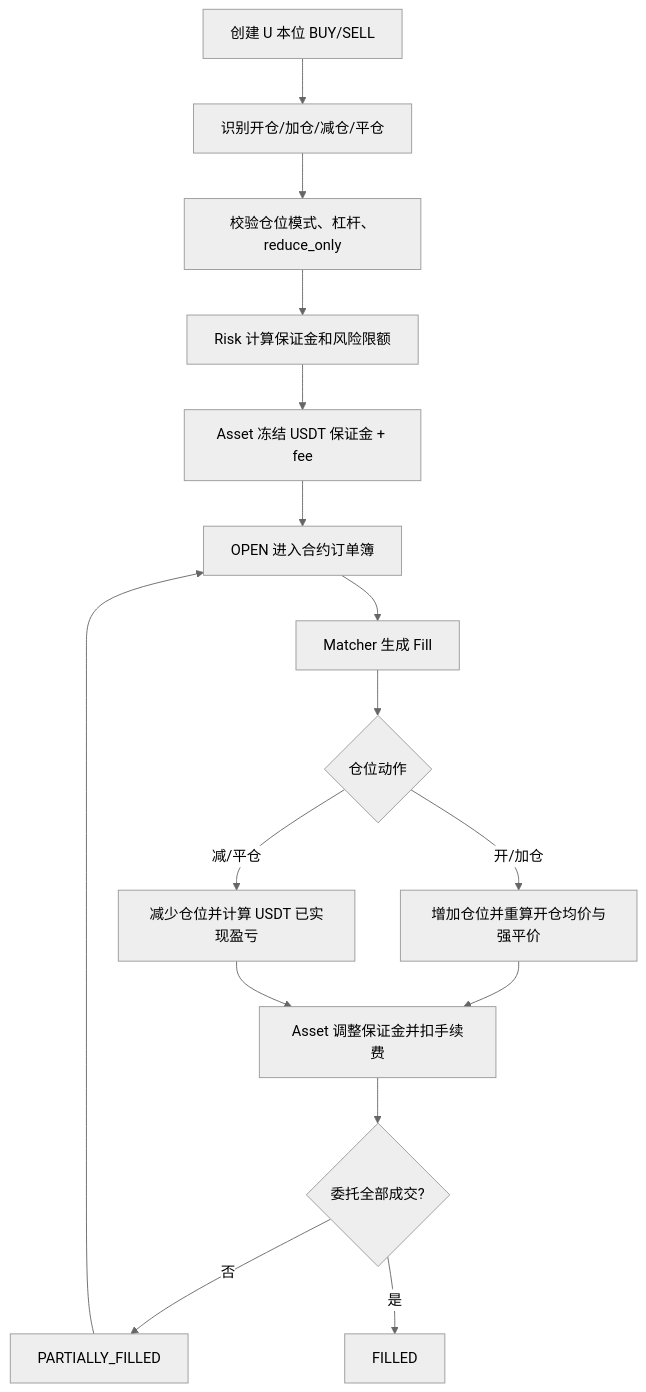
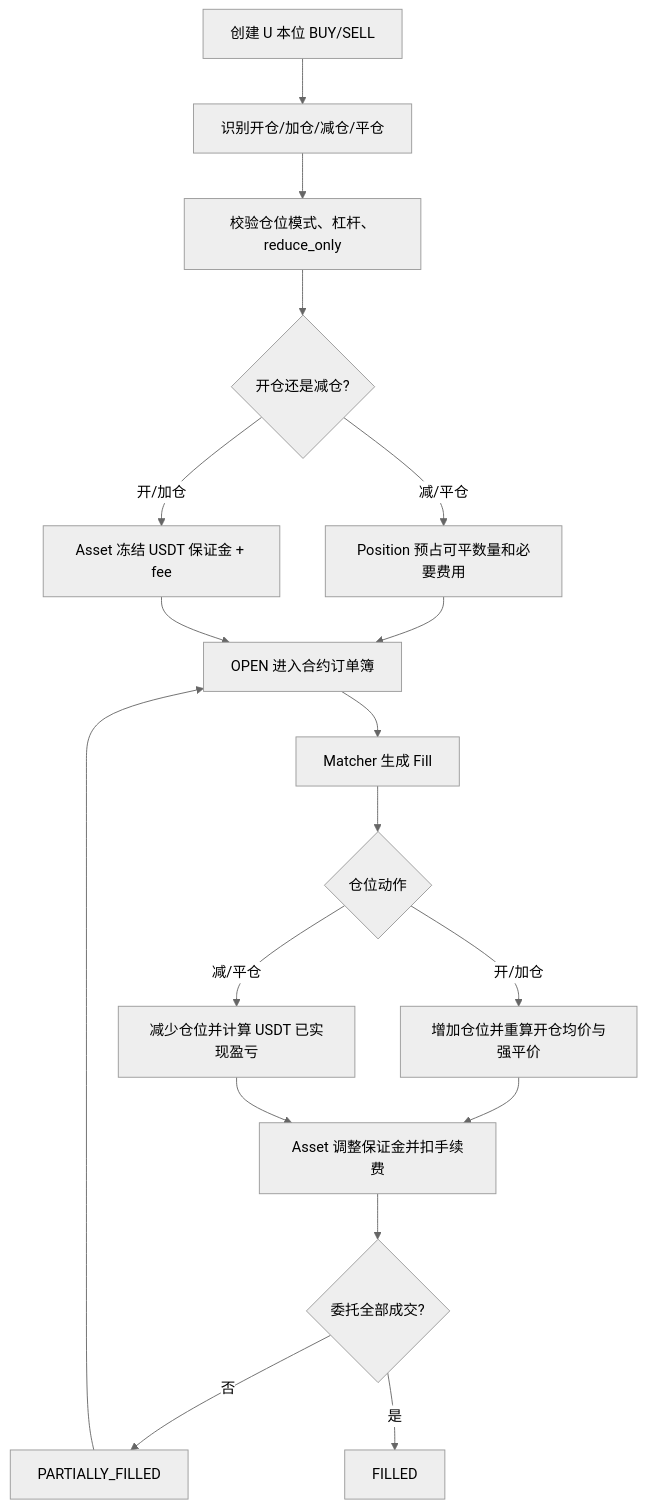
One commit to colbort/wklive changed diagram 12 of 17 in services/trade/docs/order-lifecycle-design.md. Above: the diagram before and after it, drawn with Mermaid (neutral theme). The commit also changed other lines of this file and 85 other files, not shown here.

````diff
--- a/services/trade/docs/order-lifecycle-design.md
+++ b/services/trade/docs/order-lifecycle-design.md
@@ -301,18 +401,20 @@
 ```mermaid
 flowchart TD
     A[创建 U 本位 BUY/SELL] --> B[识别开仓/加仓/减仓/平仓]
     B --> C[校验仓位模式、杠杆、reduce_only]
-    C --> D[Risk 计算保证金和风险限额]
-    D --> E[Asset 冻结 USDT 保证金 + fee]
+    C --> D{开仓还是减仓?}
+    D -- 开/加仓 --> E[Asset 冻结 USDT 保证金 + fee]
+    D -- 减/平仓 --> E2[Position 预占可平数量和必要费用]
+    E2 --> F
     E --> F[OPEN 进入合约订单簿]
     F --> G[Matcher 生成 Fill]
     G --> H{仓位动作}
     H -- 开/加仓 --> I[增加仓位并重算开仓均价与强平价]
     H -- 减/平仓 --> J[减少仓位并计算 USDT 已实现盈亏]
     I --> K[Asset 调整保证金并扣手续费]
     J --> K
     K --> L{委托全部成交?}
     L -- 否 --> M[PARTIALLY_FILLED]
     M --> F
     L -- 是 --> N[FILLED]
 ```
````
